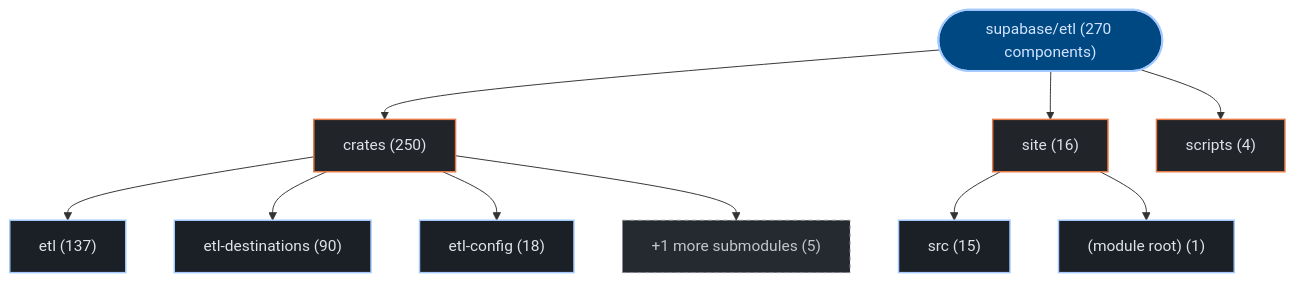
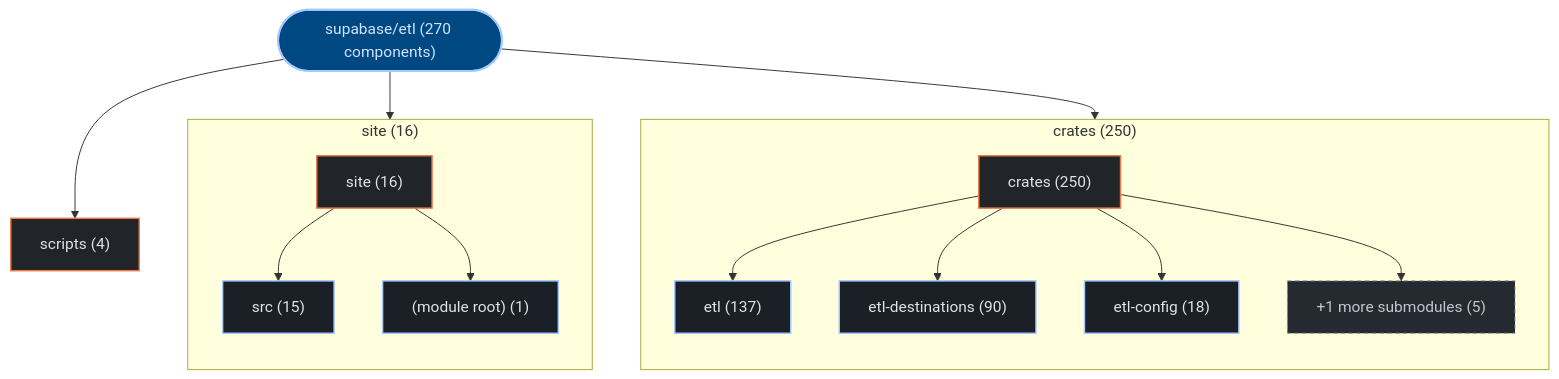
Before and after one commit to kumarshaz/atruss-code-atlas: the first of 3 diagrams in exports/latest/reports/supabase-etl-report.md, drawn with Mermaid. The commit also changed 178 other files, not shown here.

Commit message:
feat(ui,mermaid): upgrade to mermaid v12 + ELK layout, add orgs-summary + pagination, subgraph building blocks, fix tab alignment

````diff
--- a/exports/latest/reports/supabase-etl-report.md
+++ b/exports/latest/reports/supabase-etl-report.md
@@ -42,29 +42,35 @@
 ```mermaid
 graph TD;
   classDef atlasRoot fill:#004882,stroke:#a3c9ff,stroke-width:2px,color:#d3e4ff
   classDef atlasCategory fill:#212428,stroke:#E87A48,stroke-width:1.5px,color:#dfe3eb
   classDef atlasWorkflow fill:#1b2026,stroke:#a3c9ff,stroke-width:1.5px,color:#dfe3eb
   classDef atlasJob fill:#171c22,stroke:#8d9199,stroke-width:1px,color:#dfe3eb
   classDef atlasTarget fill:#005227,stroke:#8bd99b,stroke-width:1.5px,color:#a7f6b6
   classDef atlasAlert fill:#93000a,stroke:#ffb4ab,stroke-width:1.5px,color:#ffdad6
   classDef atlasMore fill:#252a31,stroke:#8d9199,stroke-dasharray:4 4,color:#c3c6cf
     repo_root(["supabase/etl (270 components)"]):::atlasRoot
-    dir_0_crates["crates (250)"]:::atlasCategory
+    subgraph sg_dir_0_crates["crates (250)"]
+      direction TB
+      dir_0_crates["crates (250)"]:::atlasCategory
+      sub_0_0_etl["etl (137)"]:::atlasWorkflow
+      dir_0_crates --> sub_0_0_etl
+      sub_0_1_etl_destinations["etl-destinations (90)"]:::atlasWorkflow
+      dir_0_crates --> sub_0_1_etl_destinations
+      sub_0_2_etl_config["etl-config (18)"]:::atlasWorkflow
+      dir_0_crates --> sub_0_2_etl_config
+      sub_0_more["+1 more submodules (5)"]:::atlasMore
+      dir_0_crates --> sub_0_more
+    end
     repo_root --> dir_0_crates
-    sub_0_0_etl["etl (137)"]:::atlasWorkflow
-    dir_0_crates --> sub_0_0_etl
-    sub_0_1_etl_destinations["etl-destinations (90)"]:::atlasWorkflow
-    dir_0_crates --> sub_0_1_etl_destinations
-    sub_0_2_etl_config["etl-config (18)"]:::atlasWorkflow
-    dir_0_crates --> sub_0_2_etl_config
-    sub_0_more["+1 more submodules (5)"]:::atlasMore
-    dir_0_crates --> sub_0_more
-    dir_1_site["site (16)"]:::atlasCategory
+    subgraph sg_dir_1_site["site (16)"]
+      direction TB
+      dir_1_site["site (16)"]:::atlasCategory
+      sub_1_0_src["src (15)"]:::atlasWorkflow
+      dir_1_site --> sub_1_0_src
+      sub_1_1__module_root_["(module root) (1)"]:::atlasWorkflow
+      dir_1_site --> sub_1_1__module_root_
+    end
     repo_root --> dir_1_site
-    sub_1_0_src["src (15)"]:::atlasWorkflow
-    dir_1_site --> sub_1_0_src
-    sub_1_1__module_root_["(module root) (1)"]:::atlasWorkflow
-    dir_1_site --> sub_1_1__module_root_
     dir_2_scripts["scripts (4)"]:::atlasCategory
     repo_root --> dir_2_scripts
 ```
````
